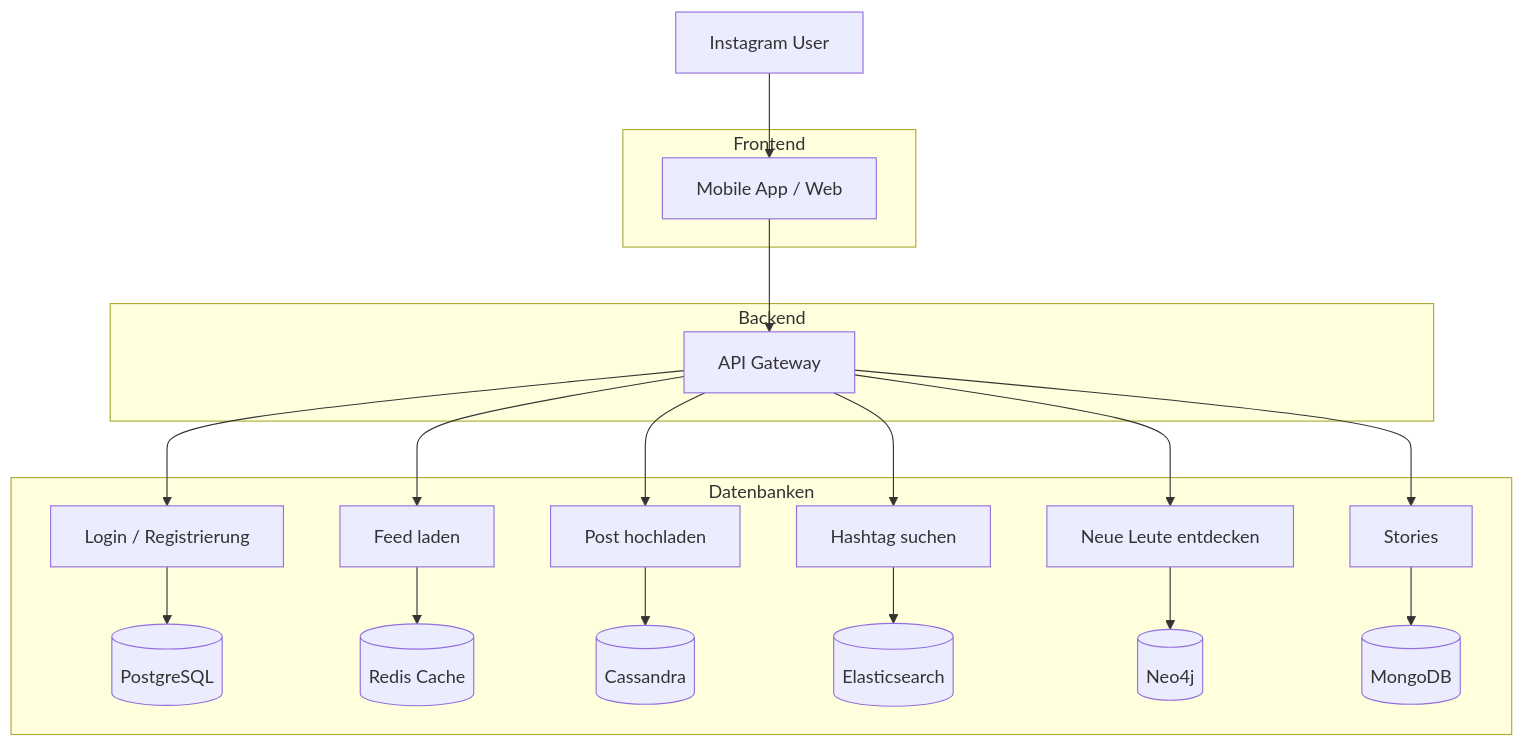
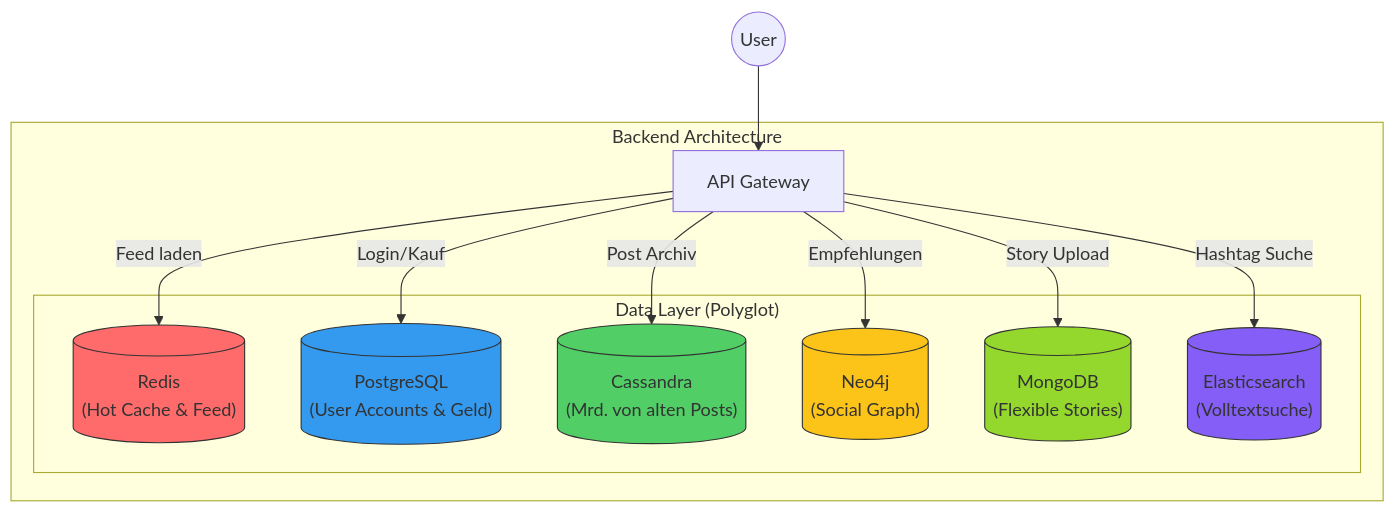
One commit to mciwing/data-campus changed the second of 3 diagrams in docs/database/moderne_systeme.md. Above: the diagram before and after it, drawn with Mermaid. The commit also changed other lines of this file and 2 other files, not shown here.

````diff
--- a/docs/database/moderne_systeme.md
+++ b/docs/database/moderne_systeme.md
@@ -144,44 +108,43 @@
 ```mermaid
 flowchart TB
-    User[Instagram User]
+    User((User))
 
-    subgraph Frontend
-        App[Mobile App / Web]
+    subgraph Backend Architecture
+        API[API Gateway]
+        
+        subgraph "Data Layer (Polyglot)"
+            Redis[("Redis
+            (Hot Cache & Feed)")]
+            
+            PG[("PostgreSQL
+            (User Accounts & Geld)")]
+            
+            Cass[("Cassandra
+            (Mrd. von alten Posts)")]
+            
+            Neo[("Neo4j
+            (Social Graph)")]
+            
+            Mongo[("MongoDB
+            (Flexible Stories)")]
+            
+            Elastic[("Elasticsearch
+            (Volltextsuche)")]
+        end
     end
 
-    subgraph Backend
-        API[API Gateway]
-    end
+    User --> API
+    API -->|Login/Kauf| PG
+    API -->|Feed laden| Redis
+    API -->|Post Archiv| Cass
+    API -->|Empfehlungen| Neo
+    API -->|Story Upload| Mongo
+    API -->|Hashtag Suche| Elastic
 
-    subgraph Datenbanken
-        Auth[Login / Registrierung]
-        Feed[Feed laden]
-        Post[Post hochladen]
-        Search[Hashtag suchen]
-        Discover[Neue Leute entdecken]
-        Story[Stories]
-
-        PG[(PostgreSQL)]
-        Redis[(Redis Cache)]
-        Cass[(Cassandra)]
-        ES[(Elasticsearch)]
-        Neo[(Neo4j)]
-        Mongo[(MongoDB)]
-    end
-
-    User --> App
-    App --> API
-    API --> Auth
-    API --> Feed
-    API --> Post
-    API --> Search
-    API --> Discover
-    API --> Story
-
-    Auth --> PG
-    Feed --> Redis
-    Post --> Cass
-    Search --> ES
-    Discover --> Neo
-    Story --> Mongo
+    style Redis fill:#ff6b6b,stroke:#333
+    style PG fill:#339af0,stroke:#333
+    style Cass fill:#51cf66,stroke:#333
+    style Neo fill:#fcc419,stroke:#333
+    style Mongo fill:#94d82d,stroke:#333
+    style Elastic fill:#845ef7,stroke:#333
 ```
````
